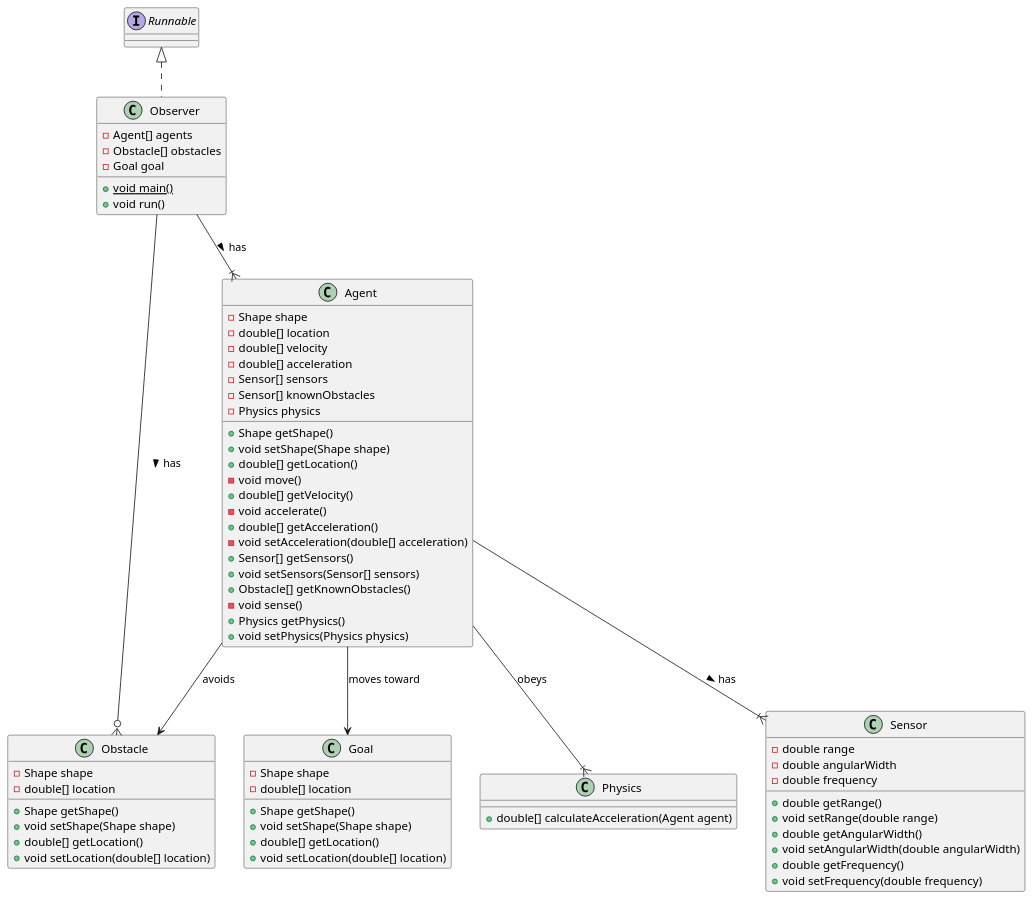
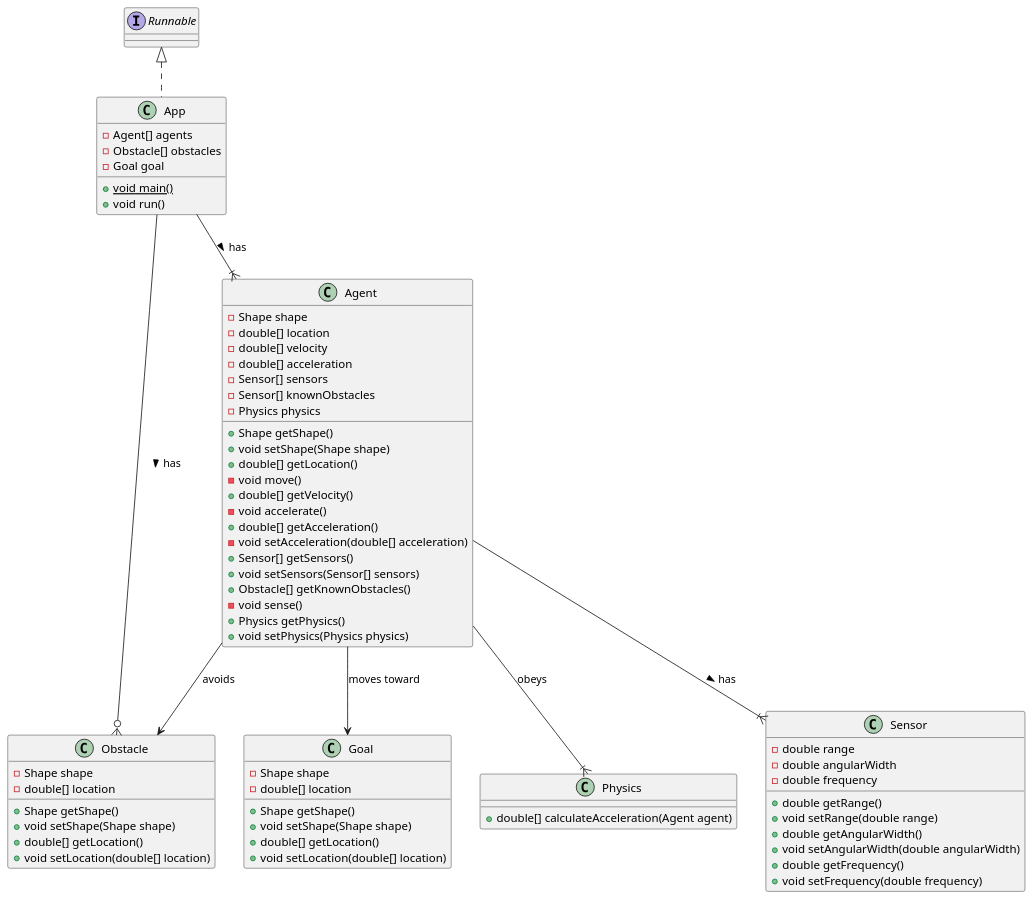
Before and after one commit to dalemorris2021/agent-simulation: the diagram in doc/uml/simulation.puml, drawn with PlantUML. The commit also changed 4 other files, not shown here.

```diff
--- a/doc/uml/simulation.puml
+++ b/doc/uml/simulation.puml
@@ -1,85 +1,85 @@
 @startuml
 
-class Observer implements Runnable {
+class App implements Runnable {
     - Agent[] agents
     - Obstacle[] obstacles
     - Goal goal
     + {static} void main()
     + void run()
 }
 
 class Agent {
     - Shape shape
     ' Location and velocity have x and y components
     - double[] location
     - double[] velocity
     ' Acceleration has left and right components
     - double[] acceleration
     - Sensor[] sensors
     - Sensor[] knownObstacles
     - Physics physics
 
     + Shape getShape()
     + void setShape(Shape shape)
     + double[] getLocation()
     - void move()
     + double[] getVelocity()
     - void accelerate()
     + double[] getAcceleration()
     - void setAcceleration(double[] acceleration)
     ' sense() will set knownObstacles to the set of
     ' obstacles that are within sight of any sensor
     + Sensor[] getSensors()
     + void setSensors(Sensor[] sensors)
     + Obstacle[] getKnownObstacles()
     - void sense()
     + Physics getPhysics()
     + void setPhysics(Physics physics)
 }
 
 class Sensor {
     - double range
     - double angularWidth
     - double frequency
     
     + double getRange()
     + void setRange(double range)
     + double getAngularWidth()
     + void setAngularWidth(double angularWidth)
     + double getFrequency()
     + void setFrequency(double frequency)
 }
 
 class Obstacle {
     - Shape shape
     - double[] location
 
     + Shape getShape()
     + void setShape(Shape shape)
     + double[] getLocation()
     + void setLocation(double[] location)
 }
 
 class Goal {
     - Shape shape
     - double[] location
 
     + Shape getShape()
     + void setShape(Shape shape)
     + double[] getLocation()
     + void setLocation(double[] location)
 }
 
 class Physics {
     + double[] calculateAcceleration(Agent agent)
 }
 
-Observer --|{ Agent : has >
-Observer --o{ Obstacle : has >
+App --|{ Agent : has >
+App --o{ Obstacle : has >
 
 Agent --|{ Sensor : has >
 Agent --> Obstacle : avoids
 Agent --> Goal : moves toward
 Agent --|{ Physics : obeys
 
 @enduml
```
